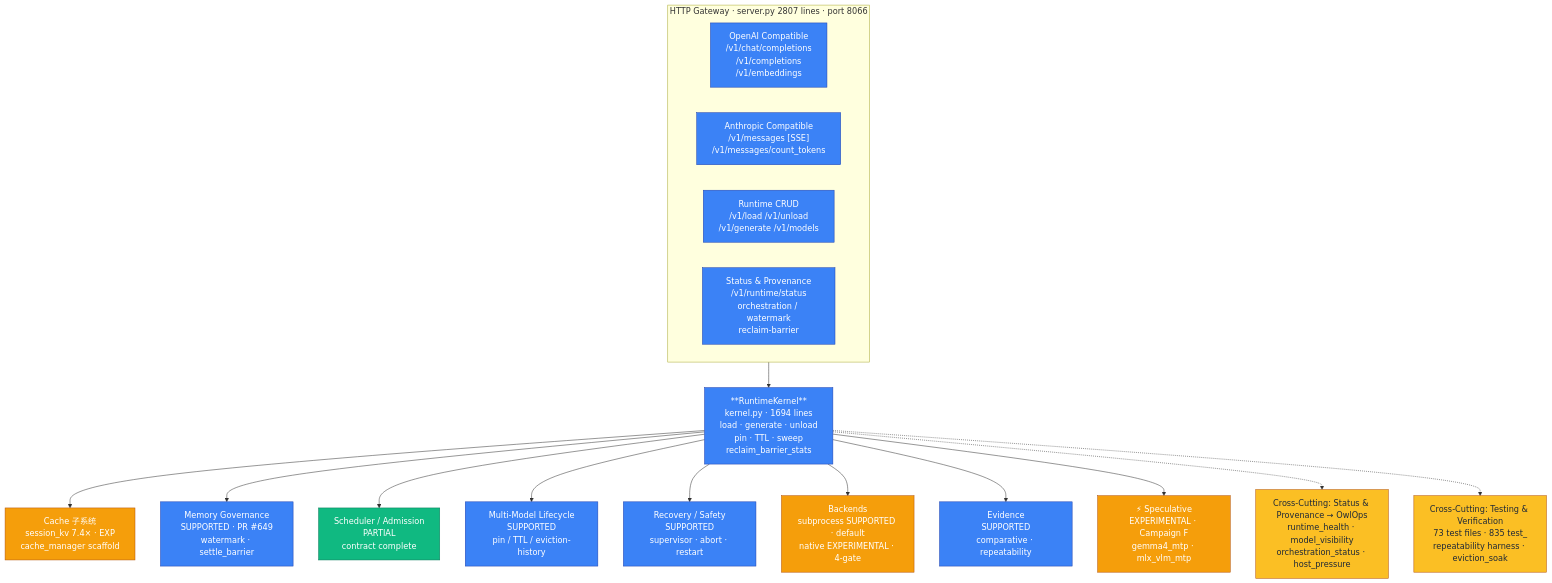
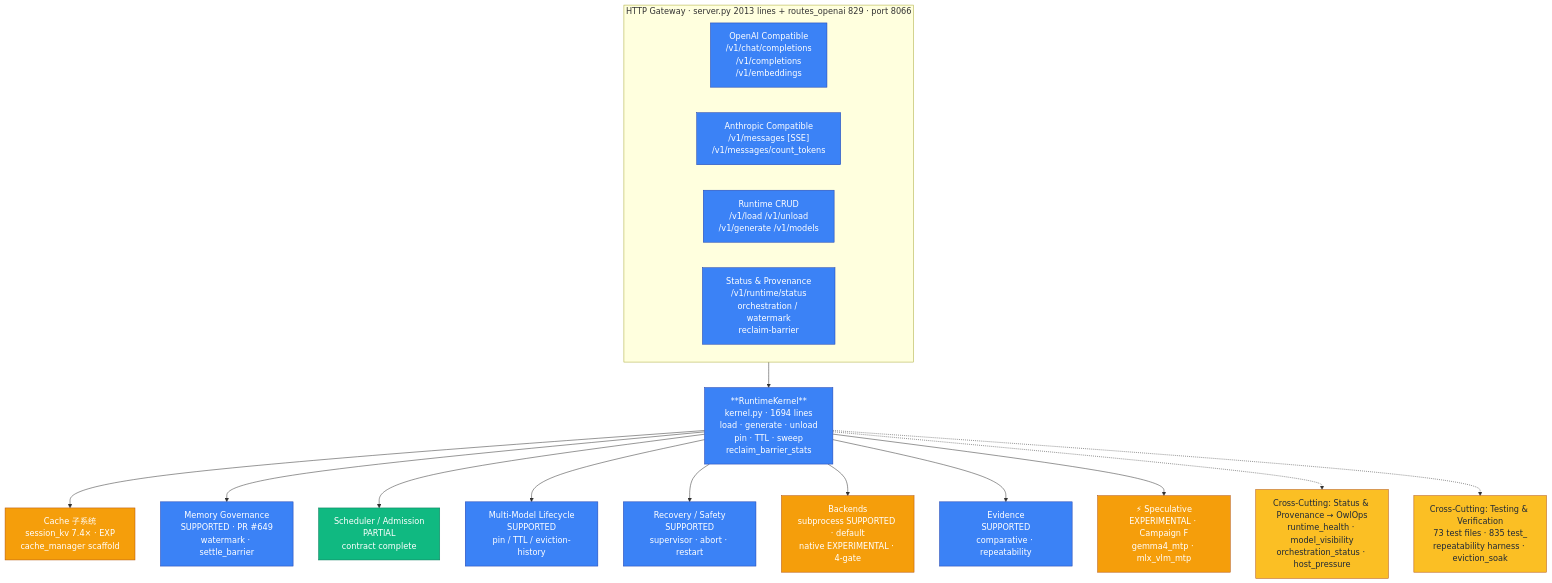
The second of 5 diagrams in docs/architect/04-architecture-canvas.md (yeemio/owlmlx), drawn with Mermaid before and after one commit. The commit also changed other lines of this file and 3 other files, not shown here.

Commit message:
docs(architect): record Wave H H1 route split

````diff
--- a/docs/architect/04-architecture-canvas.md
+++ b/docs/architect/04-architecture-canvas.md
@@ -123,33 +123,33 @@
 ```mermaid
 flowchart TB
     classDef supported fill:#3b82f6,stroke:#1e40af,color:#fff
     classDef partial fill:#10b981,stroke:#047857,color:#fff
     classDef experimental fill:#f59e0b,stroke:#b45309,color:#fff
     classDef crosscut fill:#fbbf24,stroke:#b45309,color:#1f2937
 
-    subgraph GW["HTTP Gateway · server.py 2807 lines · port 8066"]
+    subgraph GW["HTTP Gateway · server.py 2013 lines + routes_openai 829 · port 8066"]
         OPENAI["OpenAI Compatible<br/>/v1/chat/completions<br/>/v1/completions<br/>/v1/embeddings"]:::supported
         ANTH["Anthropic Compatible<br/>/v1/messages [SSE]<br/>/v1/messages/count_tokens"]:::supported
         CRUD["Runtime CRUD<br/>/v1/load /v1/unload<br/>/v1/generate /v1/models"]:::supported
         STATSURF["Status & Provenance<br/>/v1/runtime/status<br/>orchestration / watermark<br/>reclaim-barrier"]:::supported
     end
 
     Kernel["**RuntimeKernel**<br/>kernel.py · 1694 lines<br/>load · generate · unload<br/>pin · TTL · sweep<br/>reclaim_barrier_stats"]:::supported
 
     GW --> Kernel
 
     Kernel --> CacheSub["Cache 子系统<br/>session_kv 7.4× · EXP<br/>cache_manager scaffold"]:::experimental
     Kernel --> MemSub["Memory Governance<br/>SUPPORTED · PR #649<br/>watermark · settle_barrier"]:::supported
     Kernel --> SchedSub["Scheduler / Admission<br/>PARTIAL<br/>contract complete"]:::partial
     Kernel --> MMSub["Multi-Model Lifecycle<br/>SUPPORTED<br/>pin / TTL / eviction-history"]:::supported
     Kernel --> RecSub["Recovery / Safety<br/>SUPPORTED<br/>supervisor · abort · restart"]:::supported
     Kernel --> BackSub["Backends<br/>subprocess SUPPORTED · default<br/>native EXPERIMENTAL · 4-gate"]:::experimental
     Kernel --> EvSub["Evidence<br/>SUPPORTED<br/>comparative · repeatability"]:::supported
     Kernel --> SpecSub["⚡ Speculative<br/>EXPERIMENTAL · Campaign F<br/>gemma4_mtp · mlx_vlm_mtp"]:::experimental
 
     StatusXcut["Cross-Cutting: Status & Provenance → OwlOps<br/>runtime_health · model_visibility<br/>orchestration_status · host_pressure"]:::crosscut
     TestXcut["Cross-Cutting: Testing & Verification<br/>73 test files · 835 test_<br/>repeatability harness · eviction_soak"]:::crosscut
 
     Kernel -.-> StatusXcut
     Kernel -.-> TestXcut
 ```
````
